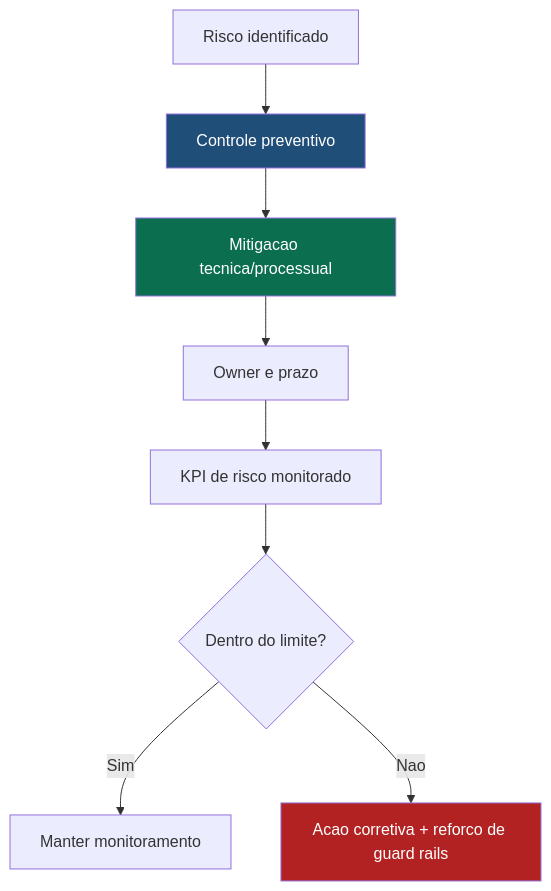
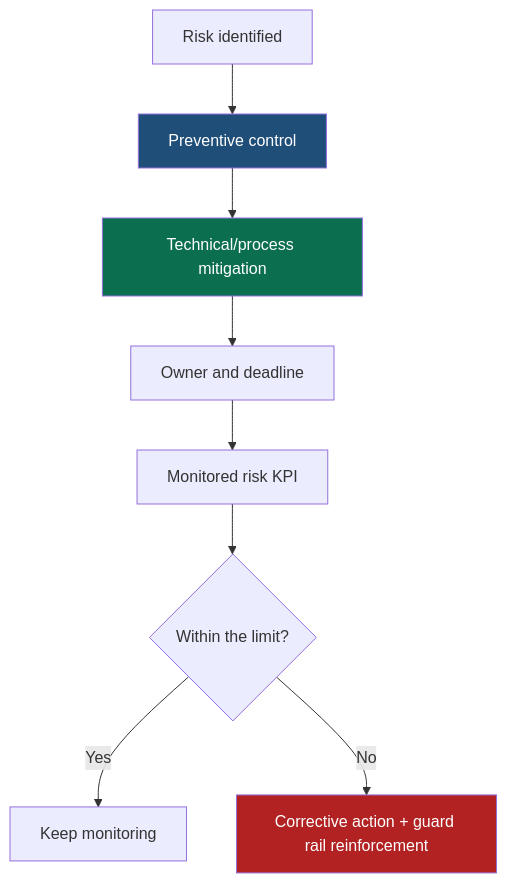
One commit to fabioharams/hubsp-ai-skill changed the ninth of 9 diagrams in doc/resultado.md. Above: the diagram before and after it, drawn with Mermaid. The commit also changed other lines of this file and 21 other files, not shown here.

````diff
--- a/doc/resultado.md
+++ b/doc/resultado.md
@@ -292,14 +291,14 @@
 ```mermaid
 flowchart TB
-    R1[Risco identificado] --> C1[Controle preventivo]
-    C1 --> M1[Mitigacao tecnica/processual]
-    M1 --> O1[Owner e prazo]
-    O1 --> K1[KPI de risco monitorado]
-    K1 --> D1{Dentro do limite?}
-    D1 -- Sim --> S1[Manter monitoramento]
-    D1 -- Nao --> A1[Acao corretiva + reforco de guard rails]
+    R1[Risk identified] --> C1[Preventive control]
+    C1 --> M1[Technical/process mitigation]
+    M1 --> O1[Owner and deadline]
+    O1 --> K1[Monitored risk KPI]
+    K1 --> D1{Within the limit?}
+    D1 -- Yes --> S1[Keep monitoring]
+    D1 -- No --> A1[Corrective action + guard rail reinforcement]
 
     style C1 fill:#1F4E79,color:#fff
     style M1 fill:#0B6E4F,color:#fff
     style A1 fill:#B22222,color:#fff
 ```
````
